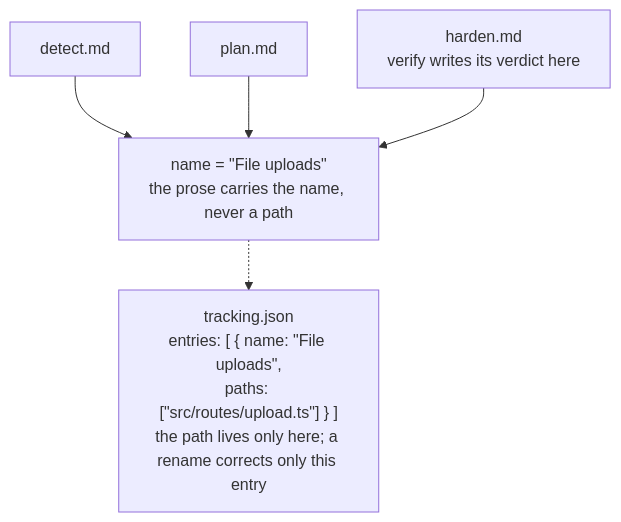
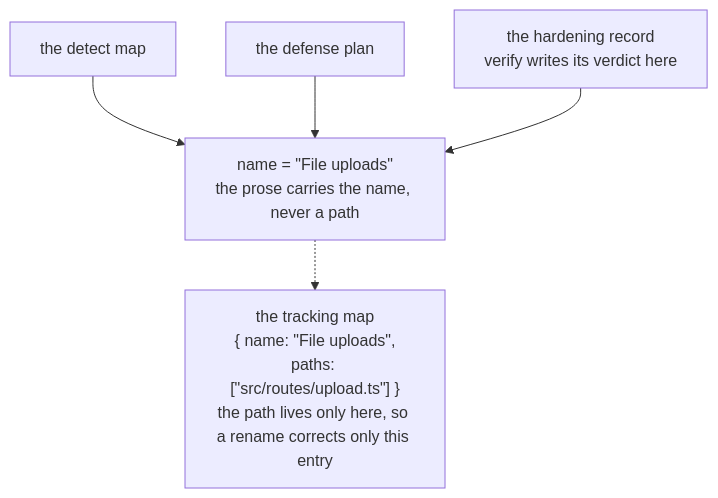
One commit to wellwelwel/lagune changed the fifth of 7 diagrams in website/src/content/PAPER.mdx. Above: the diagram before and after it, drawn with Mermaid. The commit also changed other lines of this file and 481 other files, not shown here.

````diff
--- a/website/src/content/PAPER.mdx
+++ b/website/src/content/PAPER.mdx
@@ -352,9 +349,9 @@
 ```mermaid
 flowchart TB
-    detect["detect.md"] --> name
-    plan["plan.md"] --> name
-    harden["harden.md<br/>verify writes its verdict here"] --> name
+    detect["the detect map"] --> name
+    plan["the defense plan"] --> name
+    harden["the hardening record<br/>verify writes its verdict here"] --> name
     name["name = &quot;File uploads&quot;<br/>the prose carries the name, never a path"]
     name -.-> tracking
-    tracking["tracking.json<br/>entries: [ { name: &quot;File uploads&quot;,<br/>paths: [&quot;src/routes/upload.ts&quot;] } ]<br/>the path lives only here; a rename corrects only this entry"]
+    tracking["the tracking map<br/>{ name: &quot;File uploads&quot;,<br/>paths: [&quot;src/routes/upload.ts&quot;] }<br/>the path lives only here, so a rename corrects only this entry"]
 ```
````
